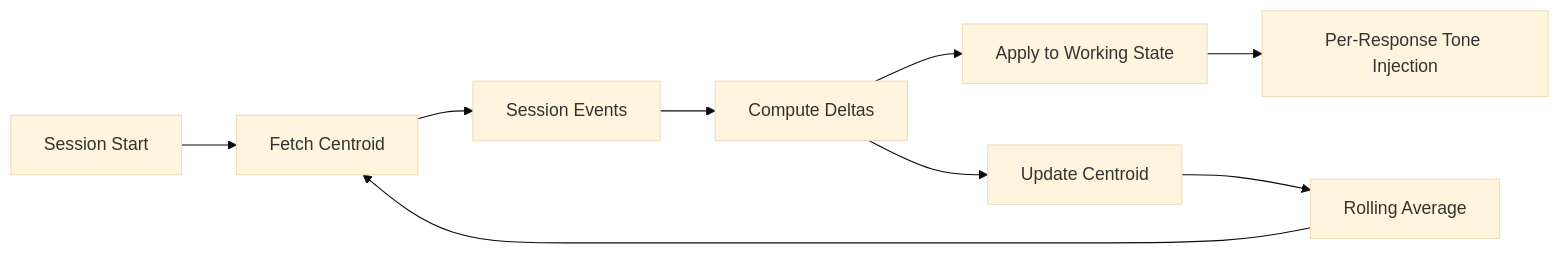
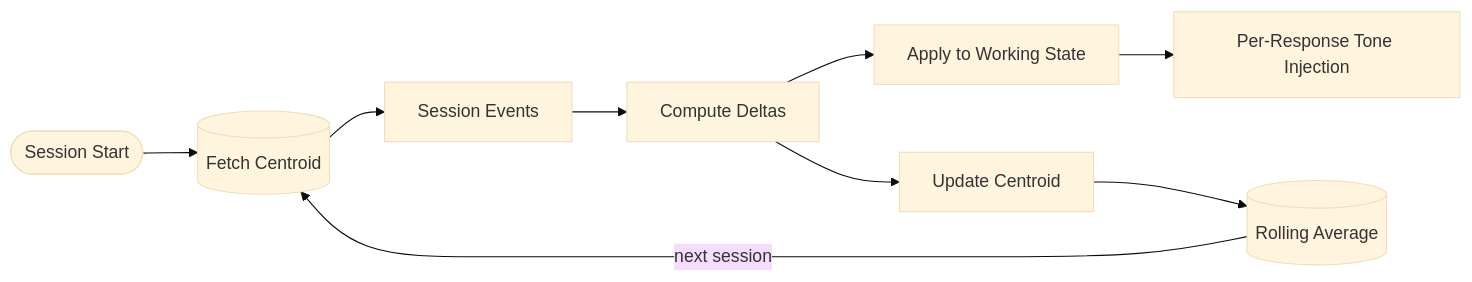
The first of 3 diagrams in src/content/research/padcn-architecture.mdx (CyberdaemonAI/cyberdaemon-site), drawn with Mermaid (base theme) before and after one commit. The commit also changed other lines of this file and 23 other files, not shown here.

First line of the commit message:
style(diagrams): retrofit all mermaid diagrams to flowchart syntax site-wide

````diff
--- a/src/content/research/padcn-architecture.mdx
+++ b/src/content/research/padcn-architecture.mdx
@@ -158,11 +158,11 @@
 ```mermaid
-graph LR
-    A[Session Start] --> B[Fetch Centroid]
+flowchart LR
+    A([Session Start]) --> B[(Fetch Centroid)]
     B --> C[Session Events]
     C --> D[Compute Deltas]
     D --> E[Apply to Working State]
     E --> F[Per-Response Tone Injection]
     D --> G[Update Centroid]
-    G --> H[Rolling Average]
-    H --> B
+    G --> H[(Rolling Average)]
+    H -->|"next session"| B
 ```
````
